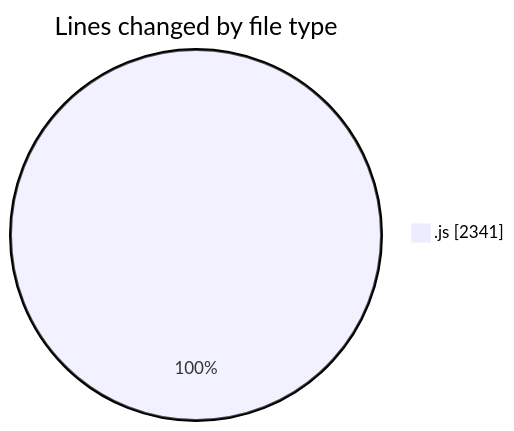
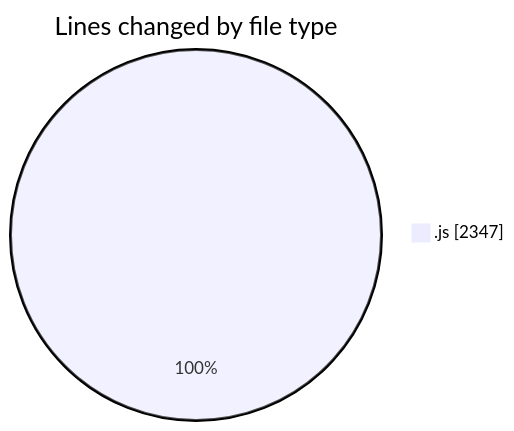
Before and after one commit to nxtqubesakshisongat/code-tracking: the first of 2 diagrams in 2026-01-04/nxtqube_webapp/README.md, drawn with Mermaid. The commit also changed other lines of this file and 1 other file, not shown here.

````diff
--- a/2026-01-04/nxtqube_webapp/README.md
+++ b/2026-01-04/nxtqube_webapp/README.md
@@ -20,5 +20,5 @@
 ```mermaid
 pie showData
 title Lines changed by file type
-".js" : 2341
+".js" : 2347
 ```
````
